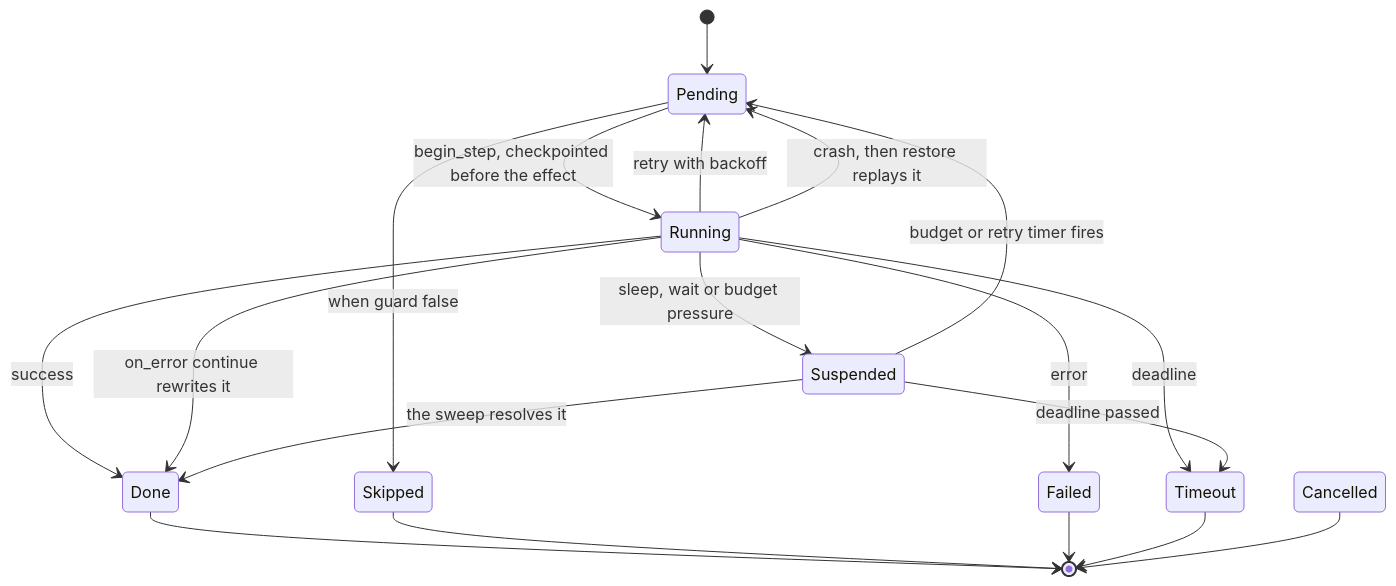
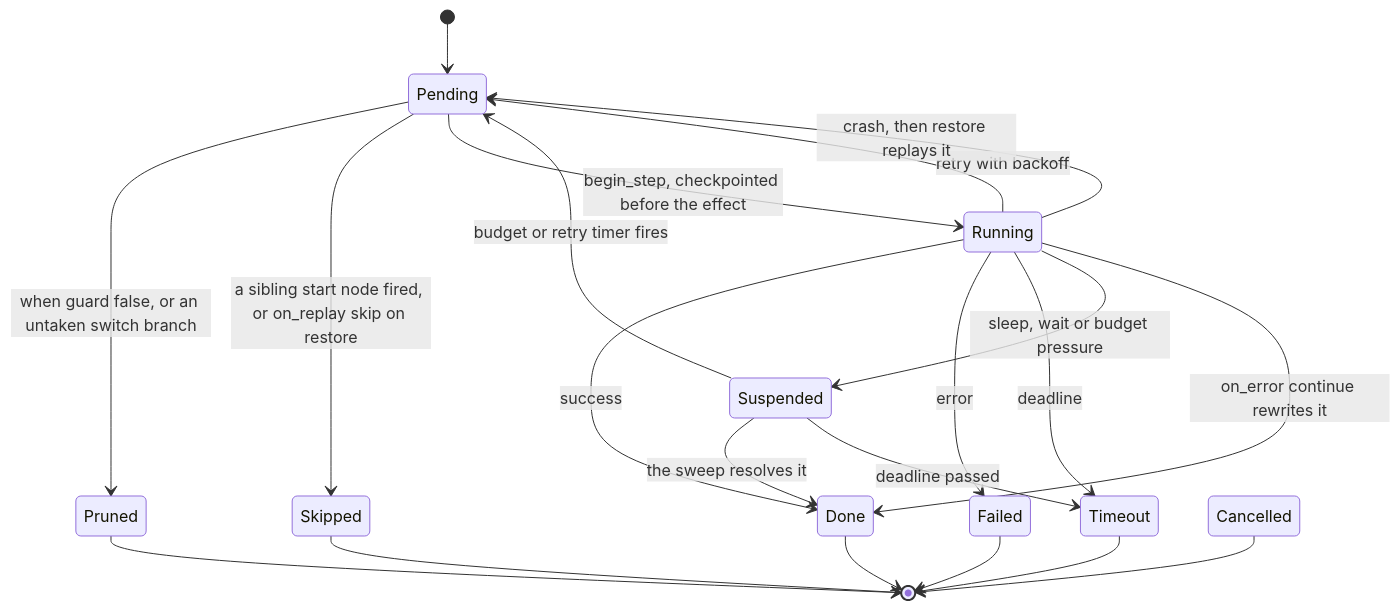
Before and after one commit to agentd-dev/source-code: the third of 4 diagrams in docs/workflows.md, drawn with Mermaid. The commit also changed other lines of this file and 97 other files, not shown here.

````diff
--- a/docs/workflows.md
+++ b/docs/workflows.md
@@ -662,21 +675,23 @@
 ```mermaid
 stateDiagram-v2
     [*] --> Pending
-    Pending --> Skipped: when guard false
+    Pending --> Pruned: when guard false, or an untaken switch branch
+    Pending --> Skipped: a sibling start node fired, or on_replay skip on restore
     Pending --> Running: begin_step, checkpointed before the effect
     Running --> Done: success
     Running --> Failed: error
     Running --> Timeout: deadline
     Running --> Suspended: sleep, wait or budget pressure
     Running --> Pending: retry with backoff
     Running --> Done: on_error continue rewrites it
     Running --> Pending: crash, then restore replays it
     Suspended --> Done: the sweep resolves it
     Suspended --> Timeout: deadline passed
     Suspended --> Pending: budget or retry timer fires
     Done --> [*]
     Skipped --> [*]
+    Pruned --> [*]
     Failed --> [*]
     Timeout --> [*]
     Cancelled --> [*]
 ```
````
